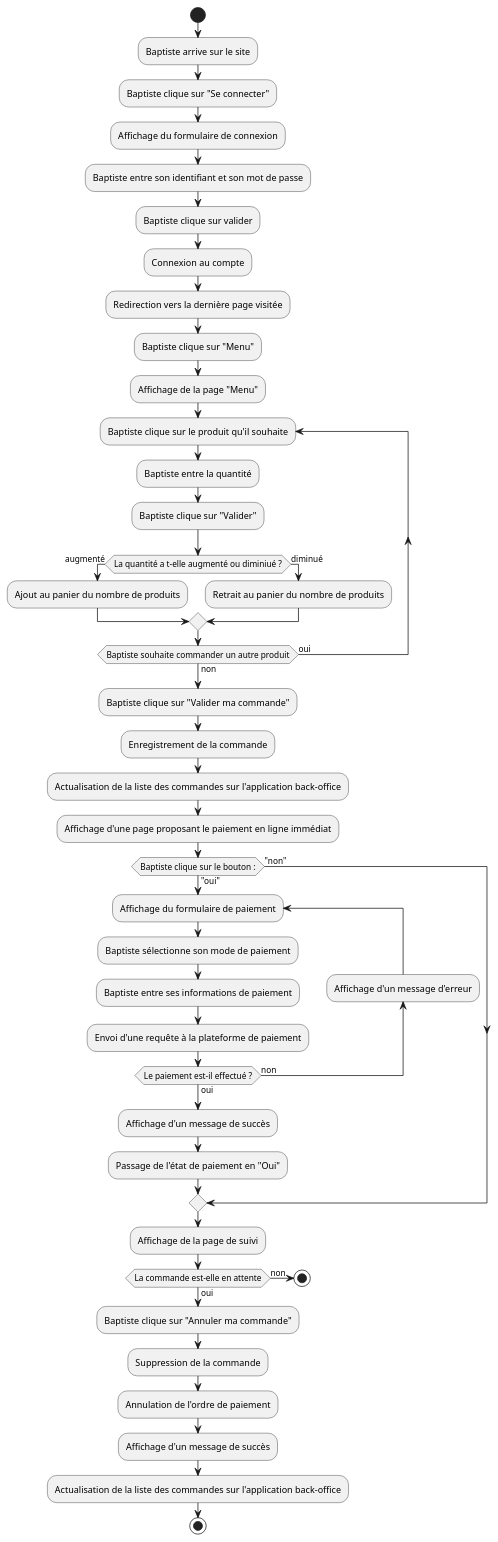
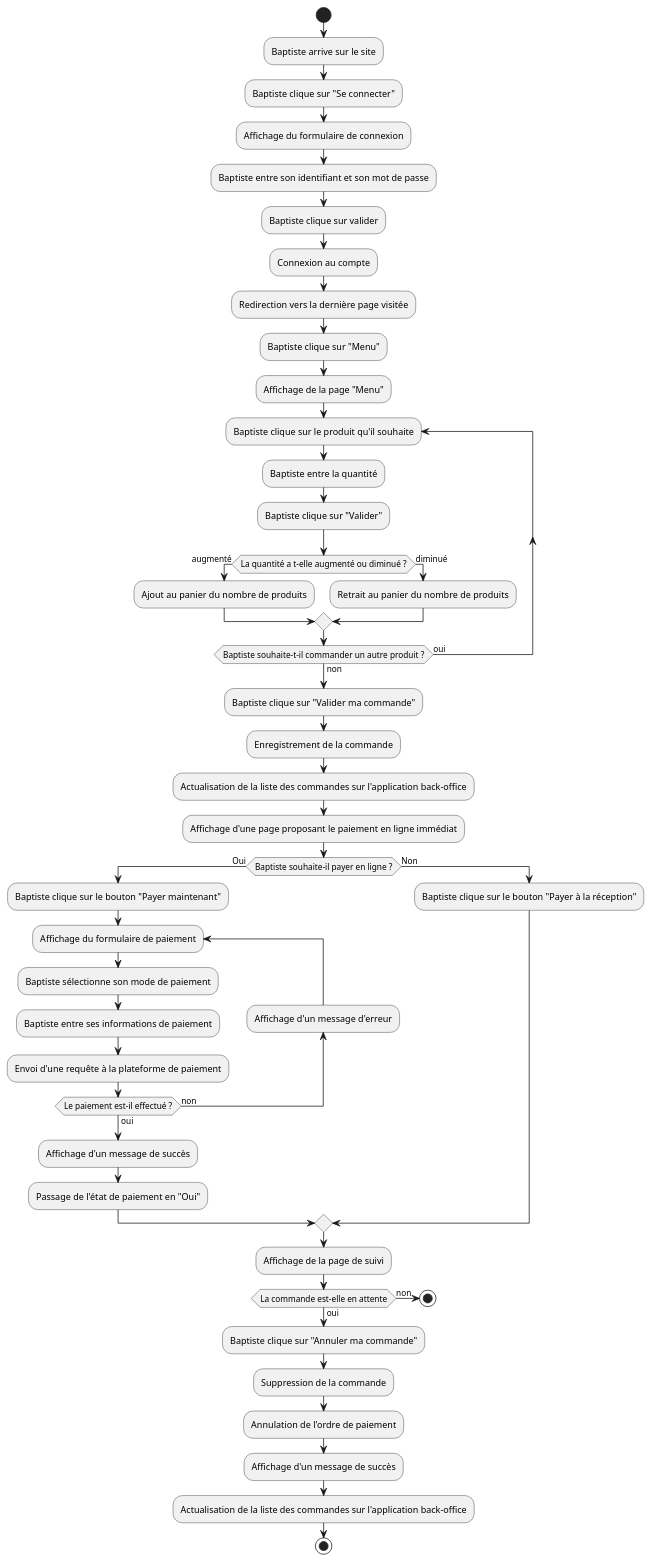
The diagram in diagrams/client_cancel_order.puml (Gumpah/project_6), drawn with PlantUML before and after one commit. The commit also changed 7 other files, not shown here.

Commit message:
Updating diagrams

```diff
--- a/diagrams/client_cancel_order.puml
+++ b/diagrams/client_cancel_order.puml
@@ -1,50 +1,52 @@
 @startuml
 'https://plantuml.com/activity-diagram-beta
 
 start
 :Baptiste arrive sur le site;
 :Baptiste clique sur "Se connecter";
 :Affichage du formulaire de connexion;
 :Baptiste entre son identifiant et son mot de passe;
 :Baptiste clique sur valider;
 :Connexion au compte;
 :Redirection vers la dernière page visitée;
 :Baptiste clique sur "Menu";
 :Affichage de la page "Menu";
 repeat :Baptiste clique sur le produit qu'il souhaite;
 :Baptiste entre la quantité;
 :Baptiste clique sur "Valider";
-if (La quantité a t-elle augmenté ou diminiué ?) then (augmenté)
+if (La quantité a t-elle augmenté ou diminué ?) then (augmenté)
 :Ajout au panier du nombre de produits;
 else (diminué)
 :Retrait au panier du nombre de produits;
 endif
-repeat while (Baptiste souhaite commander un autre produit) is (oui) not (non)
+repeat while (Baptiste souhaite-t-il commander un autre produit ?) is (oui) not (non)
 :Baptiste clique sur "Valider ma commande";
 :Enregistrement de la commande;
 :Actualisation de la liste des commandes sur l'application back-office;
 :Affichage d'une page proposant le paiement en ligne immédiat;
-if (Baptiste clique sur le bouton :) then ("oui")
+if (Baptiste souhaite-il payer en ligne ?) then (Oui)
+:Baptiste clique sur le bouton "Payer maintenant";
 repeat :Affichage du formulaire de paiement;
 :Baptiste sélectionne son mode de paiement;
 :Baptiste entre ses informations de paiement;
 :Envoi d'une requête à la plateforme de paiement;
 backward:Affichage d'un message d'erreur;
 repeat while (Le paiement est-il effectué ?) is (non) not (oui)
 :Affichage d'un message de succès;
 :Passage de l'état de paiement en "Oui";
-else ("non")
+else (Non)
+:Baptiste clique sur le bouton "Payer à la réception";
 endif
 :Affichage de la page de suivi;
 if (La commande est-elle en attente) then (non)
 stop
 else (oui)
 :Baptiste clique sur "Annuler ma commande";
 :Suppression de la commande;
 :Annulation de l'ordre de paiement;
 :Affichage d'un message de succès;
 :Actualisation de la liste des commandes sur l'application back-office;
 endif
 stop
 
 @enduml
```
